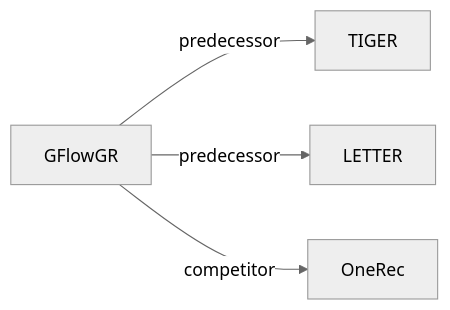
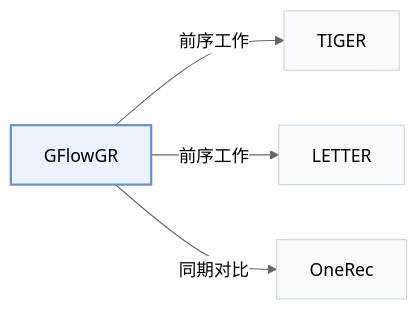
One commit to Galaxy-ghost/Awesome-SID-Generative-Rec changed the third of 3 diagrams in pages/zh/papers/gflowgr.md. Above: the diagram before and after it, drawn with Mermaid (neutral theme). The commit also changed other lines of this file and 649 other files, not shown here.

Commit message:
writer-05: also tags and modality index (schema, check, build, visuals); summary field removed; calibration data for 12 papers

````diff
--- a/pages/zh/papers/gflowgr.md
+++ b/pages/zh/papers/gflowgr.md
@@ -136,7 +137,11 @@
 ```mermaid
 flowchart LR
     P["GFlowGR"]
-    P -->|predecessor| A["TIGER"]
-    P -->|predecessor| B["LETTER"]
-    P -->|competitor| C["OneRec"]
+    P -->|"前序工作"| A["TIGER"]
+    P -->|"前序工作"| B["LETTER"]
+    P -->|"同期对比"| C["OneRec"]
+    classDef main fill:#eaf2fb,stroke:#6b8fc7,stroke-width:2px
+    classDef peer fill:#f8fafc,stroke:#cbd5e1
+    class P main
+    class A,B,C peer
 ```
````
